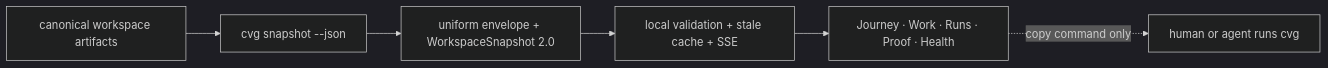
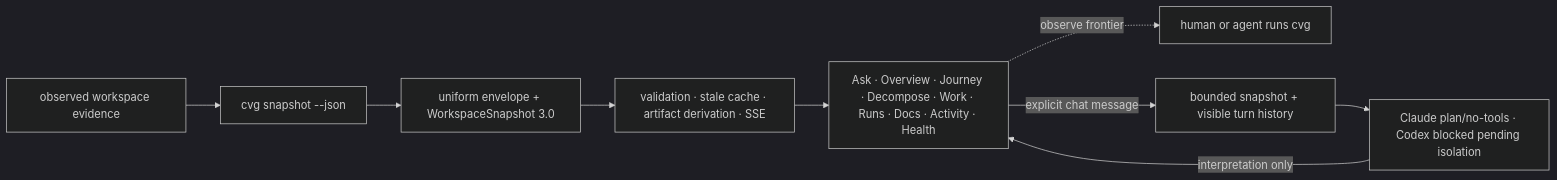
The diagram in apps/cockpit/README.md (cb2204/converge), drawn with Mermaid (dark theme) before and after one commit. The commit also changed other lines of this file and 229 other files, not shown here.

````diff
--- a/apps/cockpit/README.md
+++ b/apps/cockpit/README.md
@@ -55,8 +62,11 @@
 ```mermaid
 flowchart LR
-  Repo["canonical workspace artifacts"] --> CLI["cvg snapshot --json"]
-  CLI --> Contract["uniform envelope + WorkspaceSnapshot 2.0"]
-  Contract --> Bridge["local validation + stale cache + SSE"]
-  Bridge --> UI["Journey · Work · Runs · Proof · Health"]
-  UI -. "copy command only" .-> Human["human or agent runs cvg"]
+  Repo["observed workspace evidence"] --> CLI["cvg snapshot --json"]
+  CLI --> Contract["uniform envelope + WorkspaceSnapshot 3.0"]
+  Contract --> Bridge["validation · stale cache · artifact derivation · SSE"]
+  Bridge --> UI["Ask · Overview · Journey · Decompose · Work · Runs · Docs · Activity · Health"]
+  UI -. "observe frontier" .-> Human["human or agent runs cvg"]
+  UI -->|"explicit chat message"| Context["bounded snapshot + visible turn history"]
+  Context --> ACP["Claude plan/no-tools · Codex blocked pending isolation"]
+  ACP -->|"interpretation only"| UI
 ```
````
